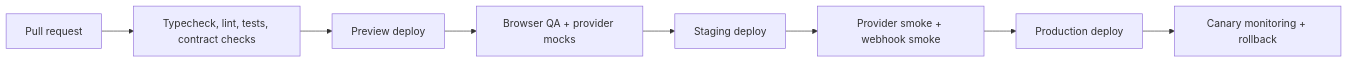
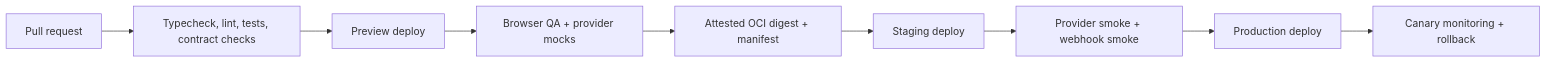
Before and after one commit to mariospeterman/VEEL-v2: the second of 2 diagrams in docs/v2-new-build/deployment-topology.md, drawn with Mermaid. The commit also changed other lines of this file and 66 other files, not shown here.

````diff
--- a/docs/v2-new-build/deployment-topology.md
+++ b/docs/v2-new-build/deployment-topology.md
@@ -180,10 +180,11 @@
 ```mermaid
 flowchart LR
   PR["Pull request"] --> Checks["Typecheck, lint, tests, contract checks"]
   Checks --> Preview["Preview deploy"]
   Preview --> QA["Browser QA + provider mocks"]
-  QA --> Staging["Staging deploy"]
+  QA --> Artifact["Attested OCI digest + manifest"]
+  Artifact --> Staging["Staging deploy"]
   Staging --> Smoke["Provider smoke + webhook smoke"]
   Smoke --> Prod["Production deploy"]
   Prod --> Monitor["Canary monitoring + rollback"]
 ```
````
